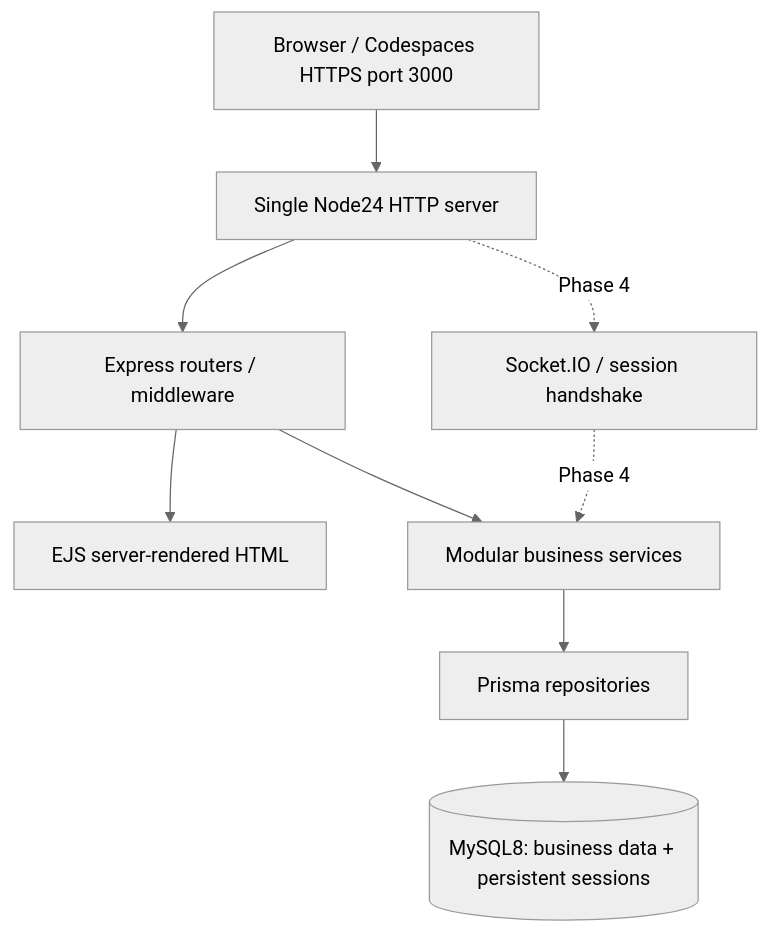
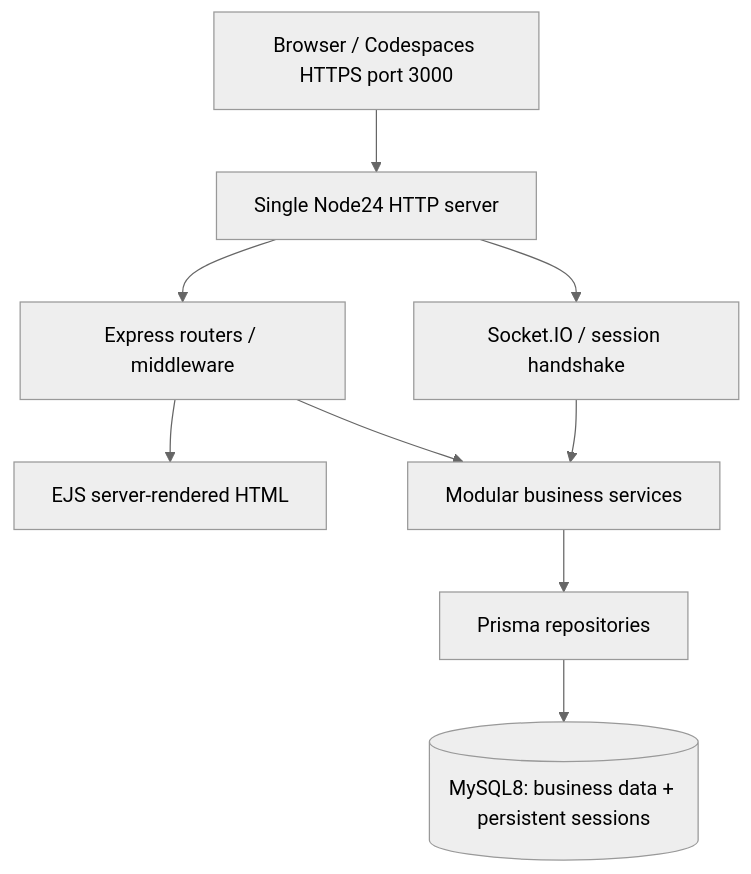
The second of 2 diagrams in docs/MIGRATION_PLAN.md (A-PerfectStranger/Food-Waste-Fighter-WebAvanzadas), drawn with Mermaid (neutral theme) before and after one commit. The commit also changed other lines of this file and 22 other files, not shown here.

````diff
--- a/docs/MIGRATION_PLAN.md
+++ b/docs/MIGRATION_PLAN.md
@@ -67,11 +67,11 @@
 ```mermaid
 flowchart TB
   Browser[Browser / Codespaces HTTPS port 3000] --> HTTP[Single Node24 HTTP server]
   HTTP --> Express[Express routers / middleware]
   Express --> EJS[EJS server-rendered HTML]
-  HTTP -. Phase 4 .-> Socket[Socket.IO / session handshake]
+  HTTP --> Socket[Socket.IO / session handshake]
   Express --> Services[Modular business services]
-  Socket -. Phase 4 .-> Services
+  Socket --> Services
   Services --> Prisma[Prisma repositories]
   Prisma --> MySQL[(MySQL8: business data + persistent sessions)]
 ```
````
